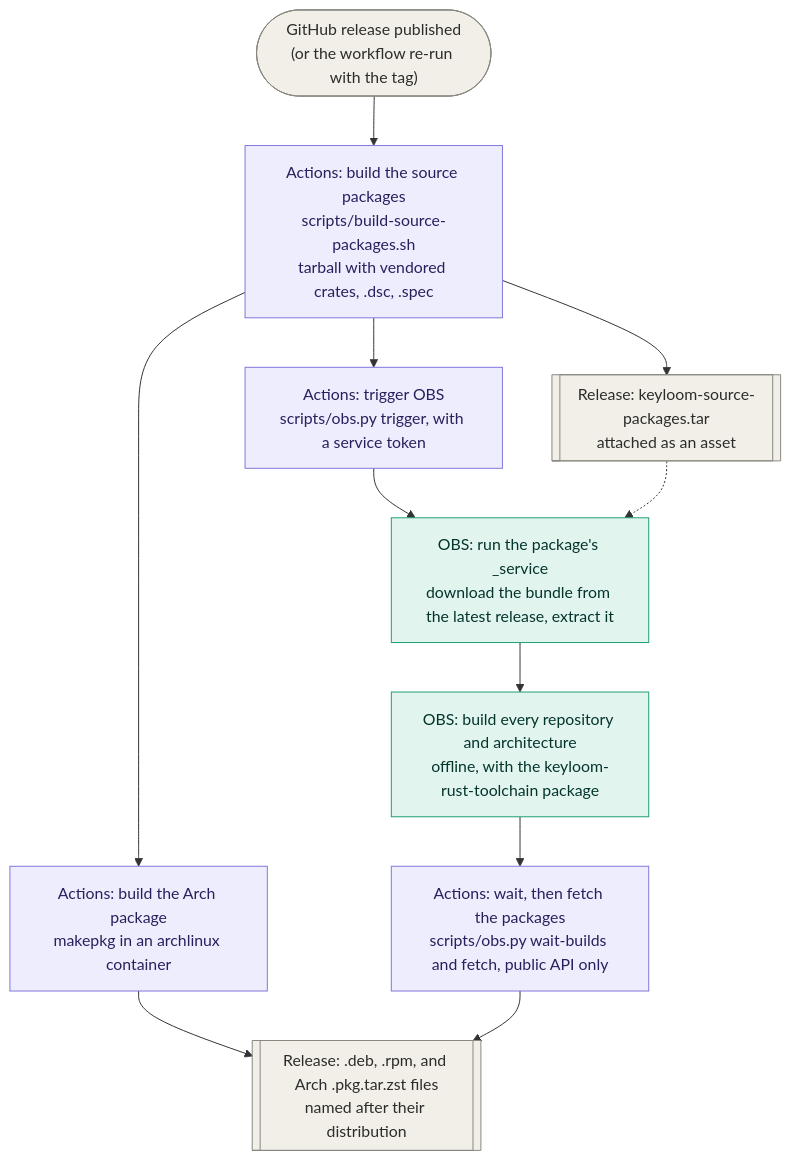
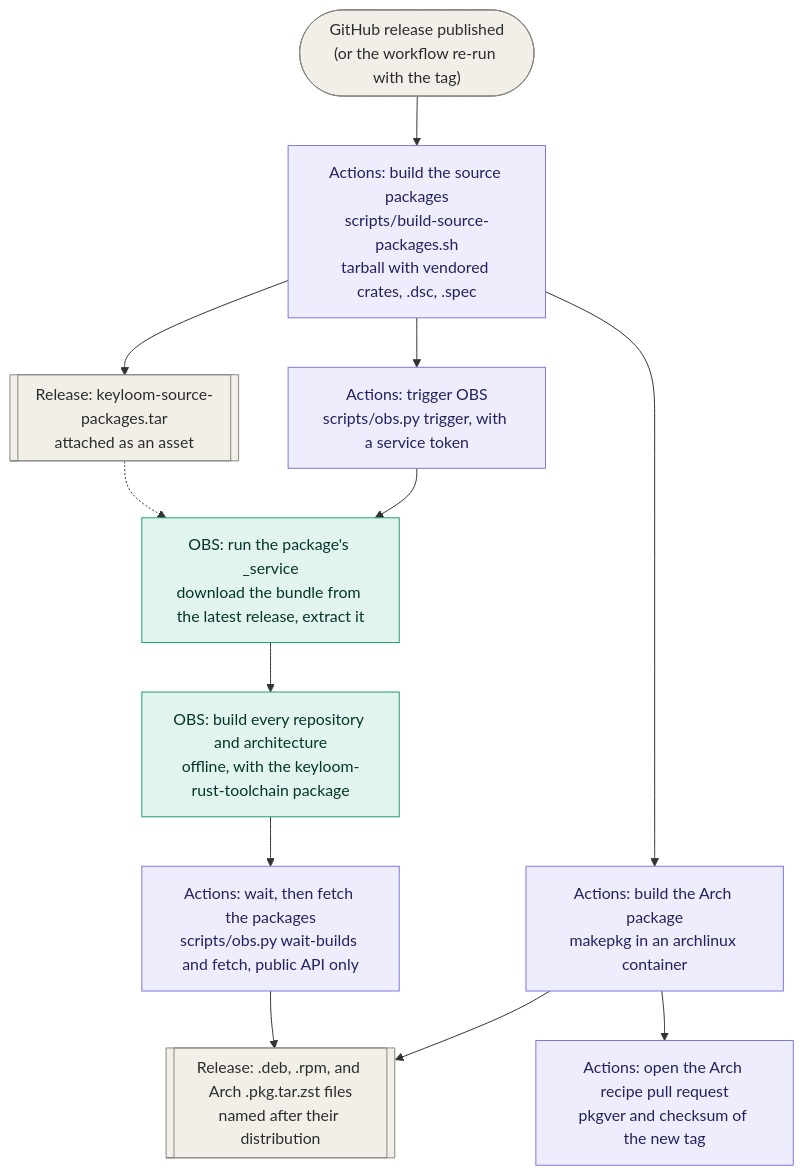
One commit to BlakeGardner/Keyloom changed the diagram in packaging/README.md. Above: the diagram before and after it, drawn with Mermaid. The commit also changed other lines of this file and 2 other files, not shown here.

First line of the commit message:
Open the Arch recipe pull request from the release workflow

````diff
--- a/packaging/README.md
+++ b/packaging/README.md
@@ -9,23 +9,25 @@
 ```mermaid
 flowchart TB
     published(["GitHub release published<br>(or the workflow re-run with the tag)"])
     build["Actions: build the source packages<br>scripts/build-source-packages.sh<br>tarball with vendored crates, .dsc, .spec"]
     bundle[["Release: keyloom-source-packages.tar<br>attached as an asset"]]
     trigger["Actions: trigger OBS<br>scripts/obs.py trigger, with a service token"]
     service["OBS: run the package's _service<br>download the bundle from the latest release, extract it"]
     builds["OBS: build every repository and architecture<br>offline, with the keyloom-rust-toolchain package"]
     fetch["Actions: wait, then fetch the packages<br>scripts/obs.py wait-builds and fetch, public API only"]
     arch["Actions: build the Arch package<br>makepkg in an archlinux container"]
     packages[["Release: .deb, .rpm, and Arch .pkg.tar.zst files<br>named after their distribution"]]
+    recipe["Actions: open the Arch recipe pull request<br>pkgver and checksum of the new tag"]
     published --> build --> bundle
     build --> trigger --> service
     build --> arch --> packages
+    arch --> recipe
     bundle -.-> service
     service --> builds --> fetch --> packages
     classDef actions fill:#EEEDFE,stroke:#7F77DD,color:#26215C
     classDef release fill:#F1EFE8,stroke:#888780,color:#2C2C2A
     classDef obs fill:#E1F5EE,stroke:#1D9E75,color:#04342C
-    class build,trigger,fetch,arch actions
+    class build,trigger,fetch,arch,recipe actions
     class published,bundle,packages release
     class service,builds obs
 ```
````
